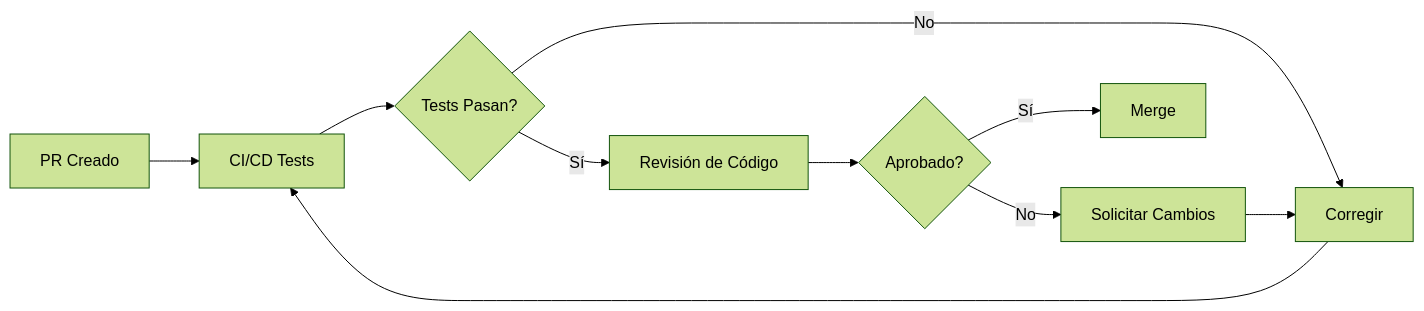
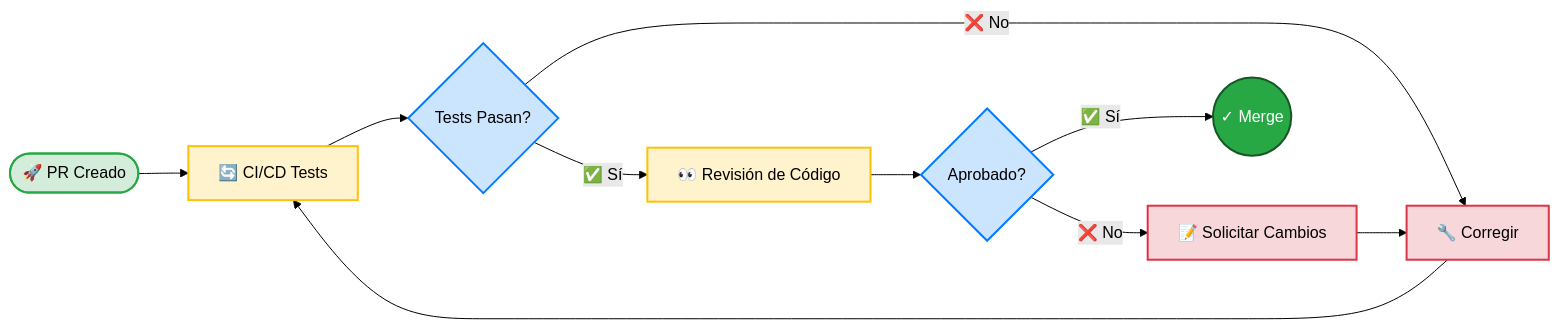
One commit to medicalopenworld/IncuNest-Docs changed the diagram in docs/docs/contributing.md. Above: the diagram before and after it, drawn with Mermaid (forest theme). The commit also changed 11 other files, not shown here.

Commit message:
Update Spanish documentation diagrams to beautiful mermaid style

````diff
--- a/docs/docs/contributing.md
+++ b/docs/docs/contributing.md
@@ -155,12 +155,24 @@
 ```mermaid
-flowchart LR
-    A[PR Creado] --> B[CI/CD Tests]
+graph LR
+    A([🚀 PR Creado]) --> B[🔄 CI/CD Tests]
     B --> C{Tests Pasan?}
-    C -->|No| D[Corregir]
+    C -->|❌ No| D[🔧 Corregir]
     D --> B
-    C -->|Sí| E[Revisión de Código]
+    C -->|✅ Sí| E[👀 Revisión de Código]
     E --> F{Aprobado?}
-    F -->|No| G[Solicitar Cambios]
+    F -->|❌ No| G[📝 Solicitar Cambios]
     G --> D
-    F -->|Sí| H[Merge]
+    F -->|✅ Sí| H((✓ Merge))
+    
+    classDef start fill:#d4edda,stroke:#28a745,stroke-width:2px
+    classDef process fill:#fff3cd,stroke:#ffc107,stroke-width:2px
+    classDef decision fill:#cce5ff,stroke:#007bff,stroke-width:2px
+    classDef action fill:#f8d7da,stroke:#dc3545,stroke-width:2px
+    classDef success fill:#28a745,stroke:#155724,stroke-width:2px,color:#fff
+    
+    class A start
+    class B,E process
+    class C,F decision
+    class D,G action
+    class H success
 ```
````
